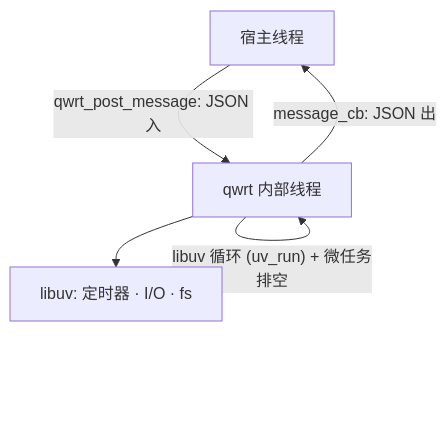
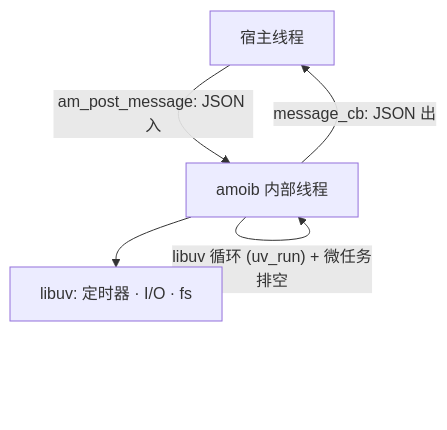
The diagram in docs/zh/guide/event-loop.md (adam-ikari/qwrt), drawn with Mermaid before and after one commit. The commit also changed other lines of this file and 357 other files, not shown here.

First line of the commit message:
chore: 项目改名为 amoib（Amoib.js）—— API 前缀 qwrt_→am_，宏 QWRT_→AM_

````diff
--- a/docs/zh/guide/event-loop.md
+++ b/docs/zh/guide/event-loop.md
@@ -14,7 +14,7 @@
 ```mermaid
 flowchart TB
-    HOST["宿主线程"] -->|"qwrt_post_message: JSON 入"| QWRT["qwrt 内部线程"]
-    QWRT -->|"libuv 循环 (uv_run) + 微任务排空"| QWRT
-    QWRT -->|"message_cb: JSON 出"| HOST
-    QWRT --> LIBUV["libuv: 定时器 · I/O · fs"]
+    HOST["宿主线程"] -->|"am_post_message: JSON 入"| AM["amoib 内部线程"]
+    AM -->|"libuv 循环 (uv_run) + 微任务排空"| AM
+    AM -->|"message_cb: JSON 出"| HOST
+    AM --> LIBUV["libuv: 定时器 · I/O · fs"]
 ```
````
